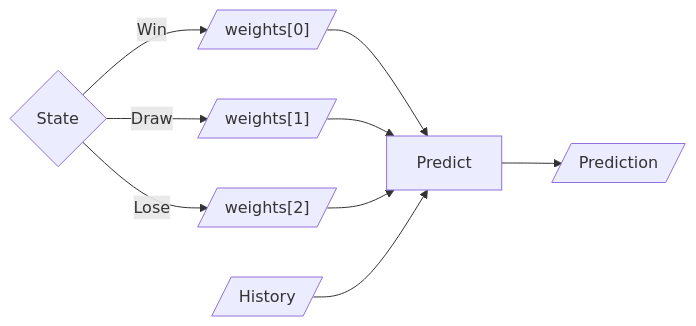
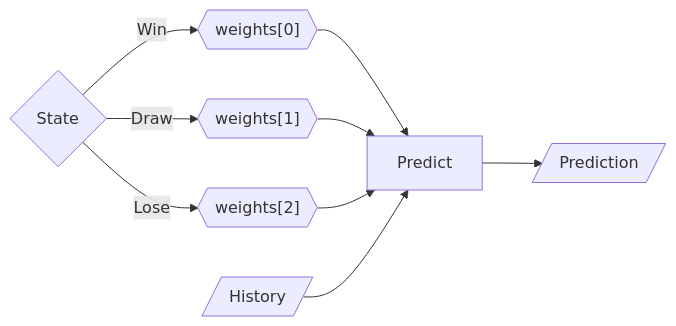
Before and after one commit to Ryuji-Hazama/AI_RSP_Game: the third of 6 diagrams in README.md, drawn with Mermaid. The commit also changed other lines of this file, not shown here.

````diff
--- a/README.md
+++ b/README.md
@@ -140,7 +140,7 @@
 ```mermaid
 graph LR;
-  A{State} -->|Win| B[/"weights[0]"/] --> E["Predict"];
-  A -->|Draw| C[/"weights[1]"/] --> E;
-  A -->|Lose| D[/"weights[2]"/] --> E;
+  A{State} -->|Win| B{{"weights[0]"}} --> E["Predict"];
+  A -->|Draw| C{{"weights[1]"}} --> E;
+  A -->|Lose| D{{"weights[2]"}} --> E;
   F[/History/] --> E --> G[/Prediction/];
 ```
````
